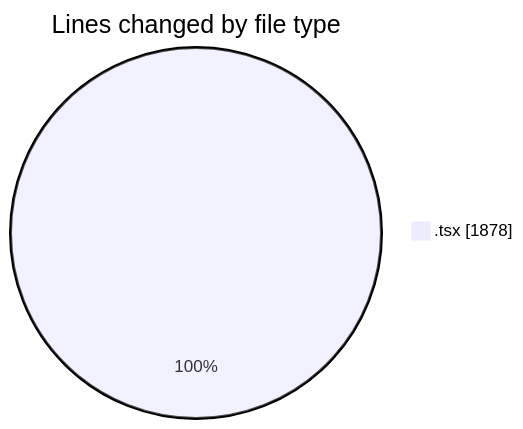
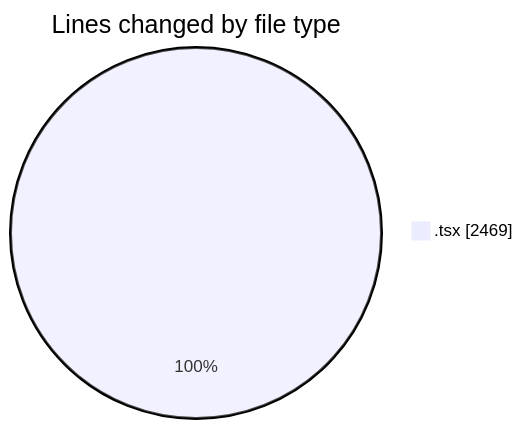
Before and after one commit to momahboobian/code-tracking: the first of 2 diagrams in 2025-09-23/cda/README.md, drawn with Mermaid. The commit also changed other lines of this file and 1 other file, not shown here.

````diff
--- a/2025-09-23/cda/README.md
+++ b/2025-09-23/cda/README.md
@@ -22,5 +22,5 @@
 ```mermaid
 pie showData
 title Lines changed by file type
-".tsx" : 1878
+".tsx" : 2469
 ```
````
